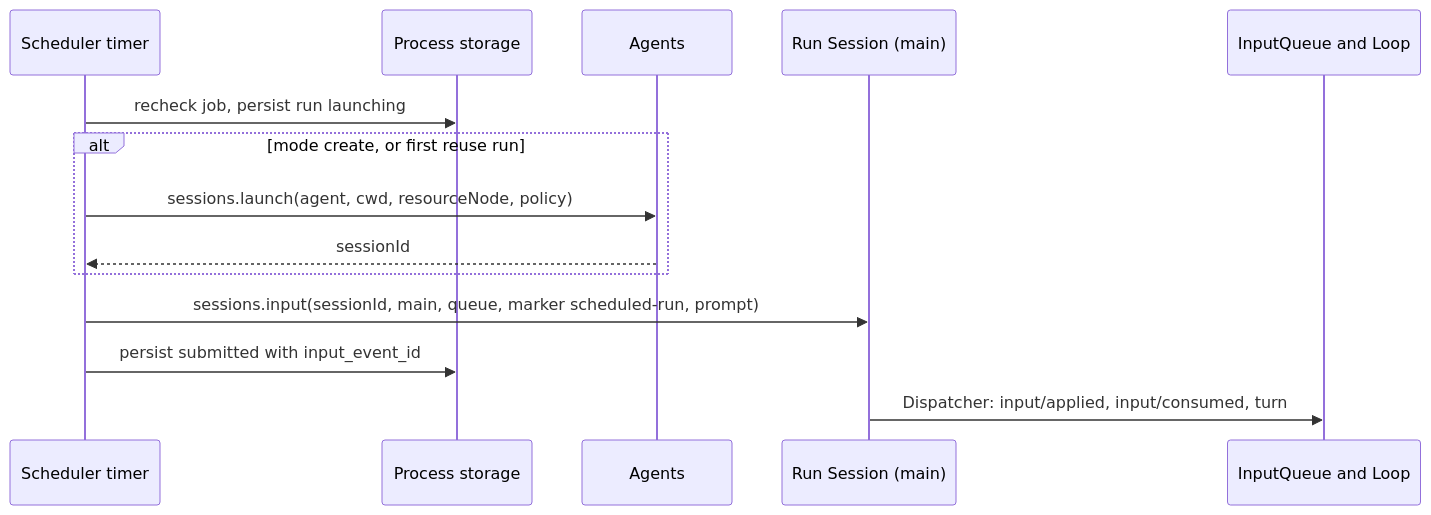
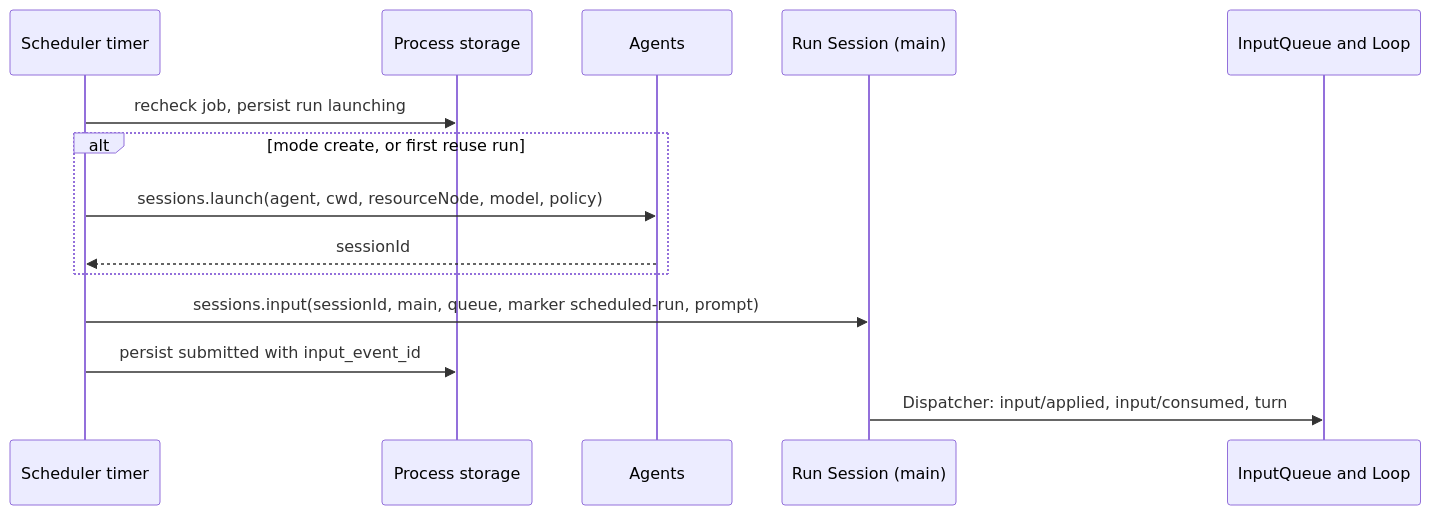
Before and after one commit to CoutinhoTTS/dim-agent: the third of 6 diagrams in docs/design/plugins/Scheduler.md, drawn with Mermaid. The commit also changed other lines of this file and 12 other files, not shown here.

````diff
--- a/docs/design/plugins/Scheduler.md
+++ b/docs/design/plugins/Scheduler.md
@@ -84,16 +84,16 @@
 ```mermaid
 sequenceDiagram
   participant T as Scheduler timer
   participant ST as Process storage
   participant AG as Agents
   participant S as Run Session (main)
   participant IQ as InputQueue and Loop
   T->>ST: recheck job, persist run launching
   alt mode create, or first reuse run
-    T->>AG: sessions.launch(agent, cwd, resourceNode, policy)
+    T->>AG: sessions.launch(agent, cwd, resourceNode, model, policy)
     AG-->>T: sessionId
   end
   T->>S: sessions.input(sessionId, main, queue, marker scheduled-run, prompt)
   T->>ST: persist submitted with input_event_id
   S->>IQ: Dispatcher: input/applied, input/consumed, turn
 ```
````
